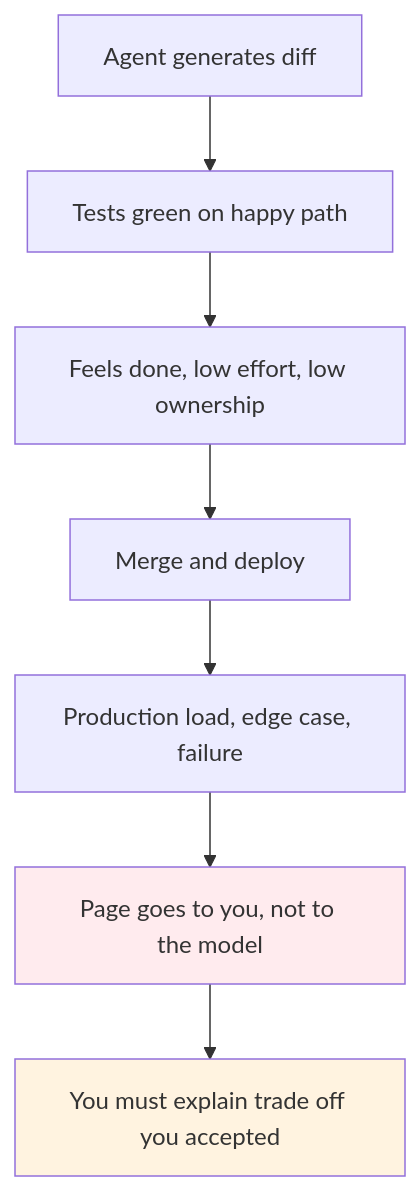
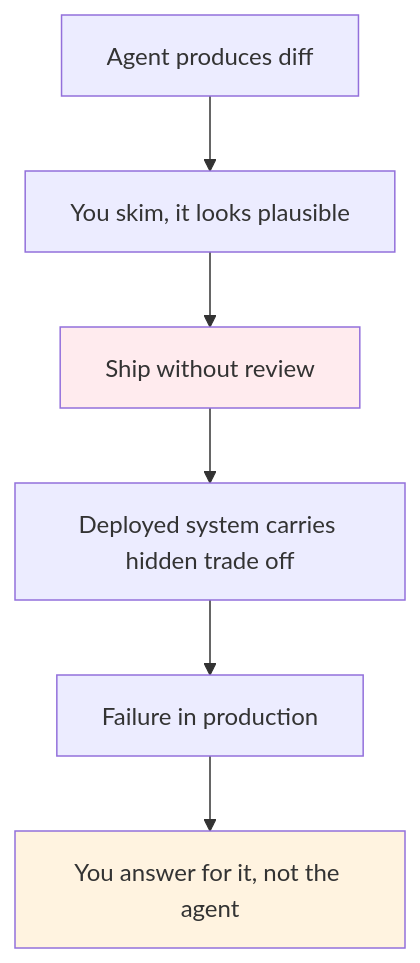
Before and after one commit to labeebahmad201/knowledge-base: the first of 2 diagrams in docs/perspectives/ownership-stays-with-you.md, drawn with Mermaid. The commit also changed other lines of this file, not shown here.

First line of the commit message:
fix: rewrite ownership perspective to be concise and review-focused

````diff
--- a/docs/perspectives/ownership-stays-with-you.md
+++ b/docs/perspectives/ownership-stays-with-you.md
@@ -22,11 +22,10 @@
 ```mermaid
 graph TD
-  A[Agent generates diff] --> B[Tests green on happy path]
-  B --> C[Feels done, low effort, low ownership]
-  C --> D[Merge and deploy]
-  D --> E[Production load, edge case, failure]
-  E --> F[Page goes to you, not to the model]
-  F --> G[You must explain trade off you accepted]
-  style F fill:#ffebee
-  style G fill:#fff3e0
+  A[Agent produces diff] --> B[You skim, it looks plausible]
+  B --> C[Ship without review]
+  C --> D[Deployed system carries hidden trade off]
+  D --> E[Failure in production]
+  E --> F[You answer for it, not the agent]
+  style C fill:#ffebee
+  style F fill:#fff3e0
 ```
````
